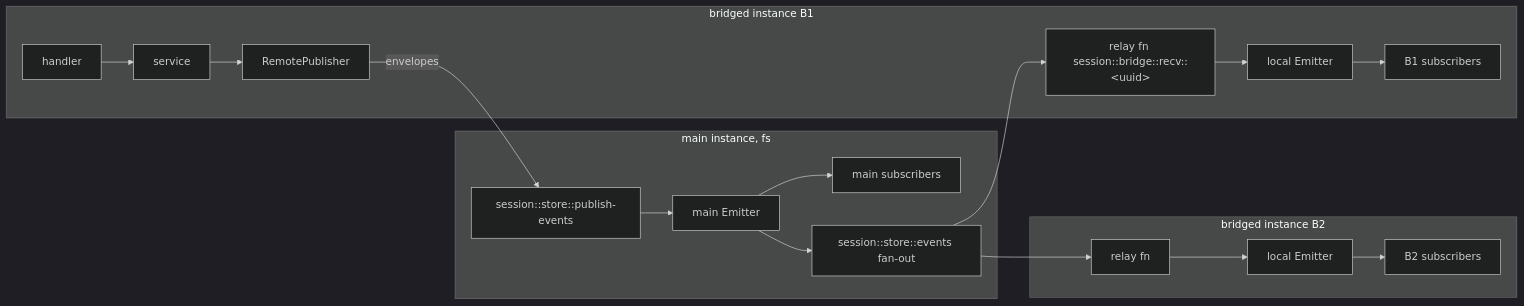
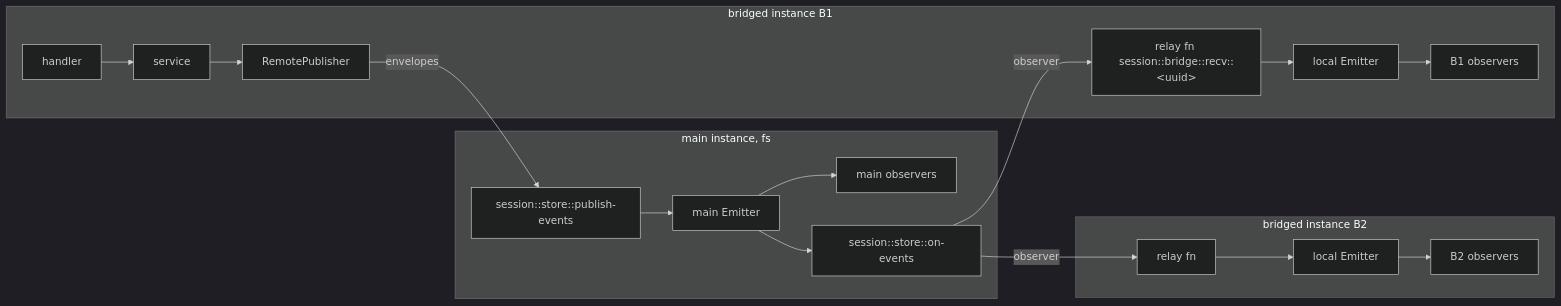
The second of 2 diagrams in session-manager/architecture/internals.md (iii-hq/workers), drawn with Mermaid (dark theme) before and after one commit. The commit also changed other lines of this file and 3315 other files, not shown here.

````diff
--- a/session-manager/architecture/internals.md
+++ b/session-manager/architecture/internals.md
@@ -269,18 +273,18 @@
 ```mermaid
 flowchart LR
   subgraph b1 [bridged instance B1]
     h1[handler] --> s1[service] --> rp1[RemotePublisher]
-    relay1["relay fn session::bridge::recv::&lt;uuid&gt;"] --> em1[local Emitter] --> subs1[B1 subscribers]
+    relay1["relay fn session::bridge::recv::&lt;uuid&gt;"] --> em1[local Emitter] --> obs1[B1 observers]
   end
   subgraph mainI [main instance, fs]
     pubfn[session::store::publish-events] --> emM[main Emitter]
-    emM --> subsM[main subscribers]
-    emM --> feed["session::store::events fan-out"]
+    emM --> obsM[main observers]
+    emM --> feed["session::store::on-events"]
   end
   subgraph b2 [bridged instance B2]
-    relay2[relay fn] --> em2[local Emitter] --> subs2[B2 subscribers]
+    relay2[relay fn] --> em2[local Emitter] --> obs2[B2 observers]
   end
   rp1 -->|envelopes| pubfn
-  feed --> relay1
-  feed --> relay2
+  feed -->|observer| relay1
+  feed -->|observer| relay2
 ```
````
